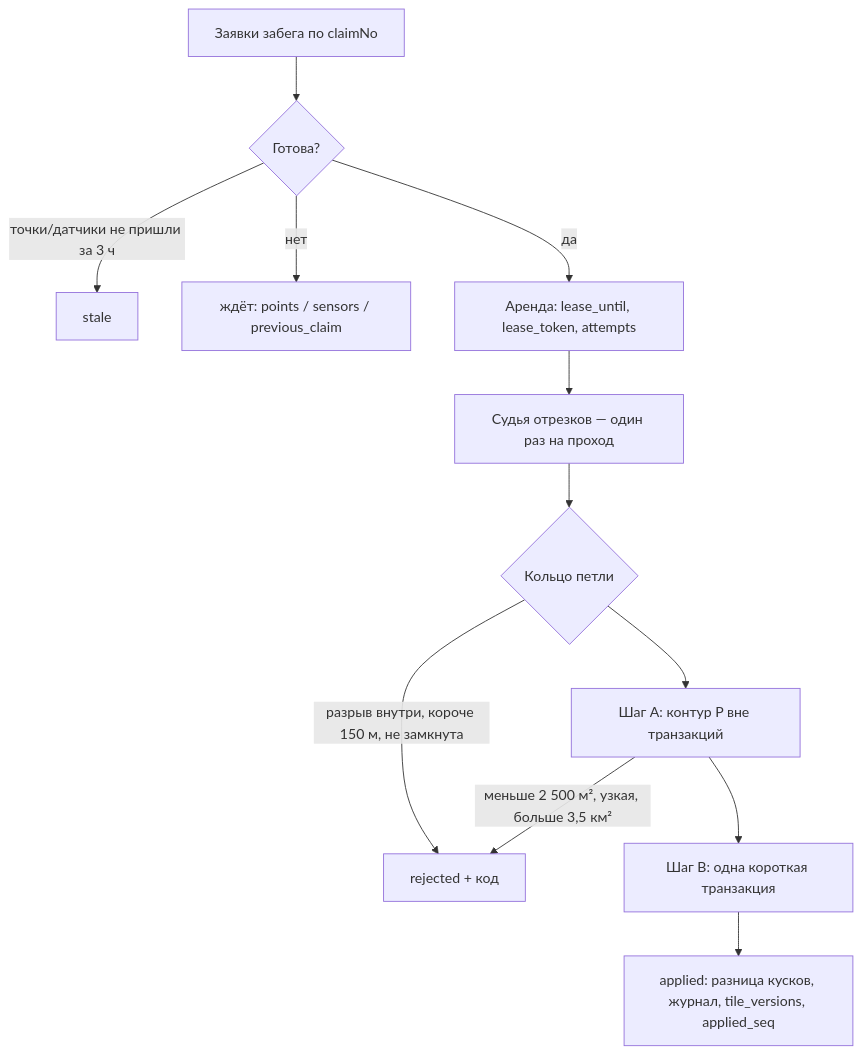
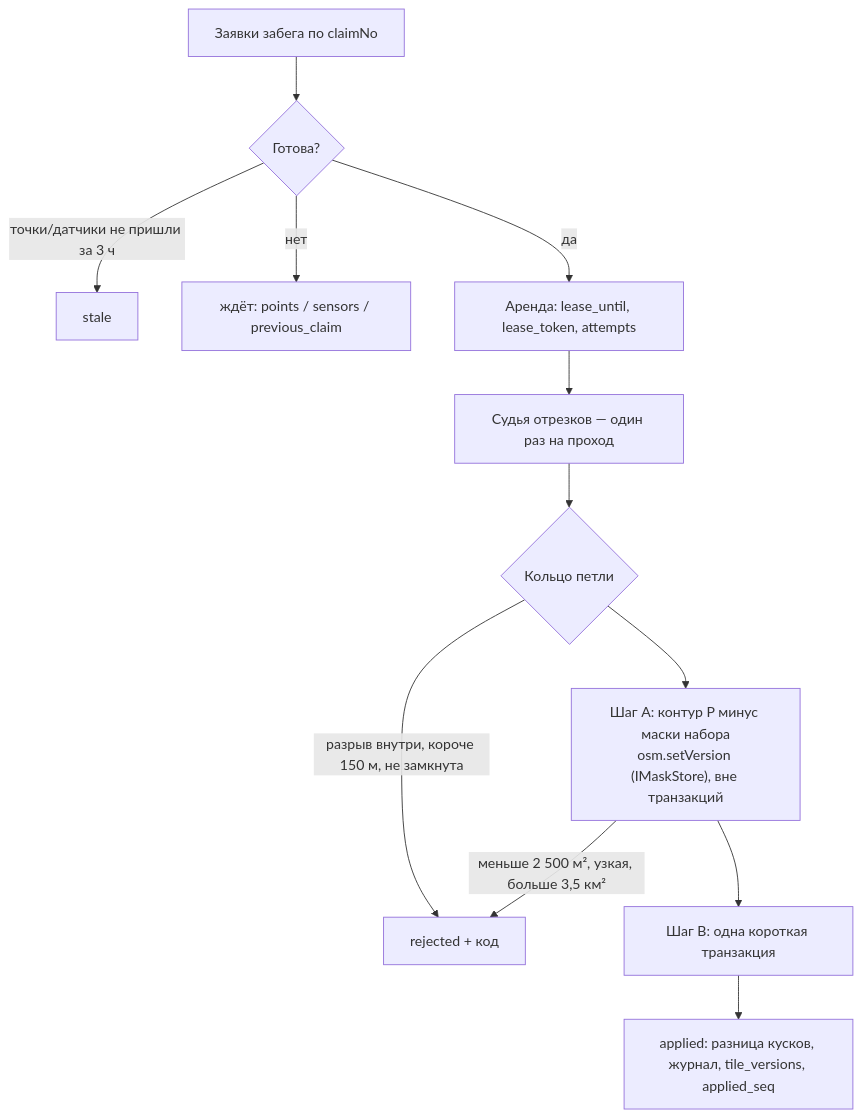
The diagram in docs/architecture/captures.md (Nikich196/gorodki), drawn with Mermaid before and after one commit. The commit also changed other lines of this file and 2 other files, not shown here.

First line of the commit message:
captures.md: шаг A вычитает маски набора, отказ при незагруженном наборе; набросок команд OSM — по CLI (ревью #132)

````diff
--- a/docs/architecture/captures.md
+++ b/docs/architecture/captures.md
@@ -48,14 +48,14 @@
 ```mermaid
 flowchart TD
     A[Заявки забега по claimNo] --> B{Готова?}
     B -- "точки/датчики не пришли за 3 ч" --> S[stale]
     B -- нет --> W[ждёт: points / sensors / previous_claim]
     B -- да --> L[Аренда: lease_until, lease_token, attempts]
     L --> J[Судья отрезков — один раз на проход]
     J --> R{Кольцо петли}
     R -- "разрыв внутри, короче 150 м, не замкнута" --> X[rejected + код]
-    R --> A1[Шаг A: контур P вне транзакций]
+    R --> A1["Шаг A: контур P минус маски набора<br/>osm.setVersion (IMaskStore), вне транзакций"]
     A1 -- "меньше 2 500 м², узкая, больше 3,5 км²" --> X
     A1 --> B1[Шаг B: одна короткая транзакция]
     B1 --> OK[applied: разница кусков, журнал, tile_versions, applied_seq]
 ```
````
